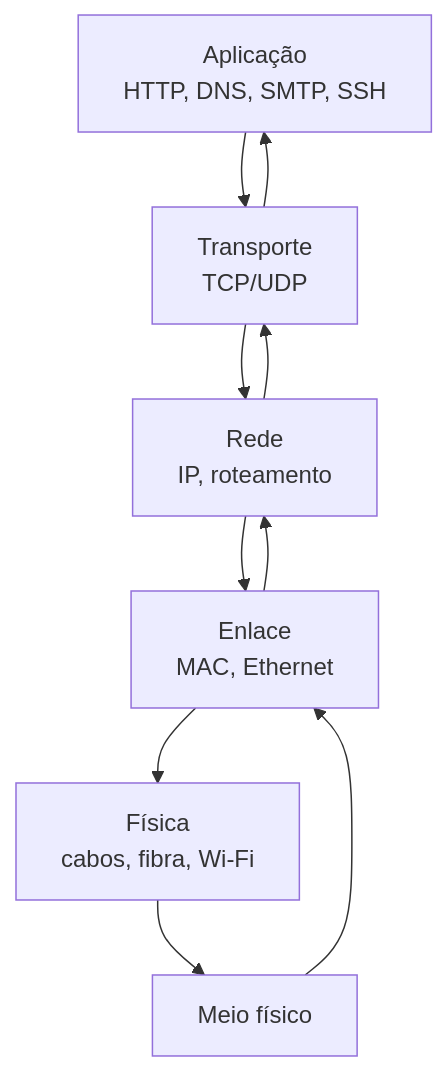
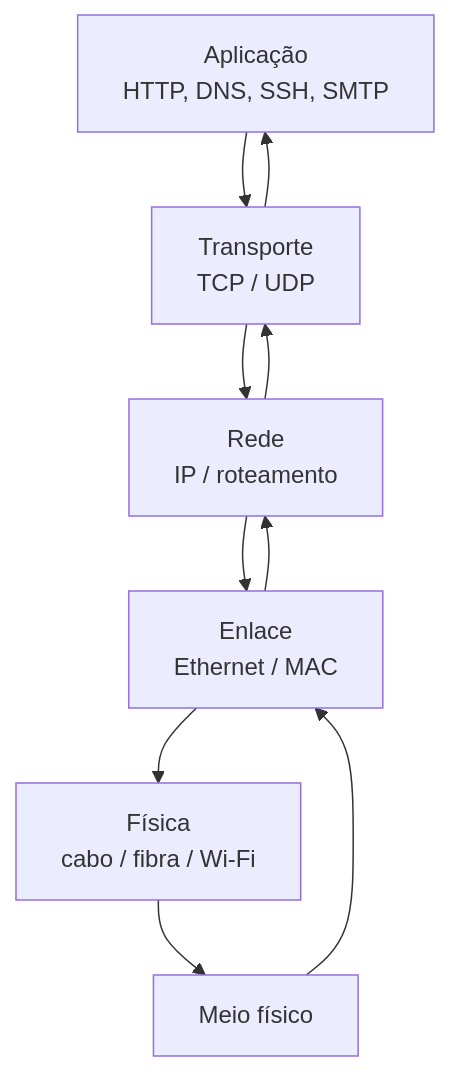
The diagram in README.md (labforense/redes-computadores-protocolos), drawn with Mermaid before and after one commit. The commit also changed other lines of this file, not shown here.

Commit message:
Finalize professional README with roadmap and visual learning

````diff
--- a/README.md
+++ b/README.md
@@ -44,10 +51,9 @@
 ```mermaid
 flowchart TD
-    A[Aplicação<br/>HTTP, DNS, SMTP, SSH] --> B[Transporte<br/>TCP/UDP]
-    B --> C[Rede<br/>IP, roteamento]
-    C --> D[Enlace<br/>MAC, Ethernet]
-    D --> E[Física<br/>cabos, fibra, Wi‑Fi]
-
+    A[Aplicação<br/>HTTP, DNS, SSH, SMTP] --> B[Transporte<br/>TCP / UDP]
+    B --> C[Rede<br/>IP / roteamento]
+    C --> D[Enlace<br/>Ethernet / MAC]
+    D --> E[Física<br/>cabo / fibra / Wi‑Fi]
     E --> F[Meio físico]
     F --> D --> C --> B --> A
 ```
````
